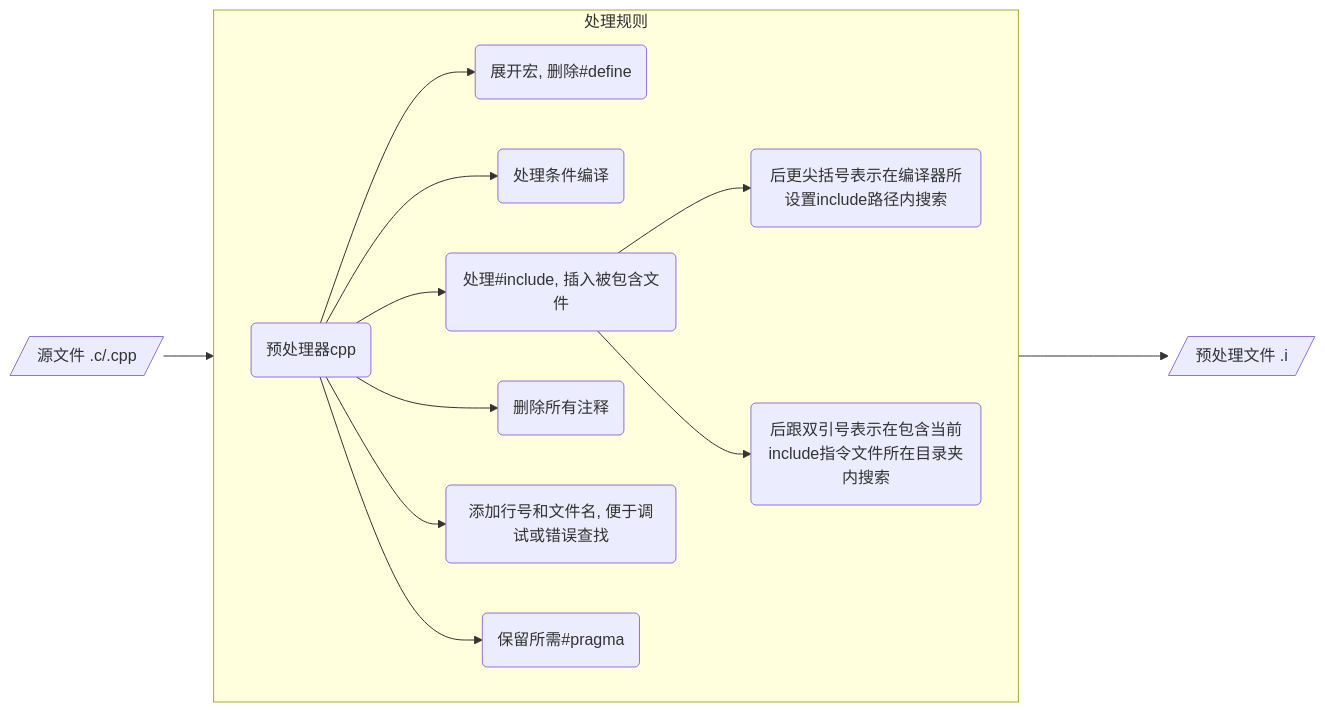
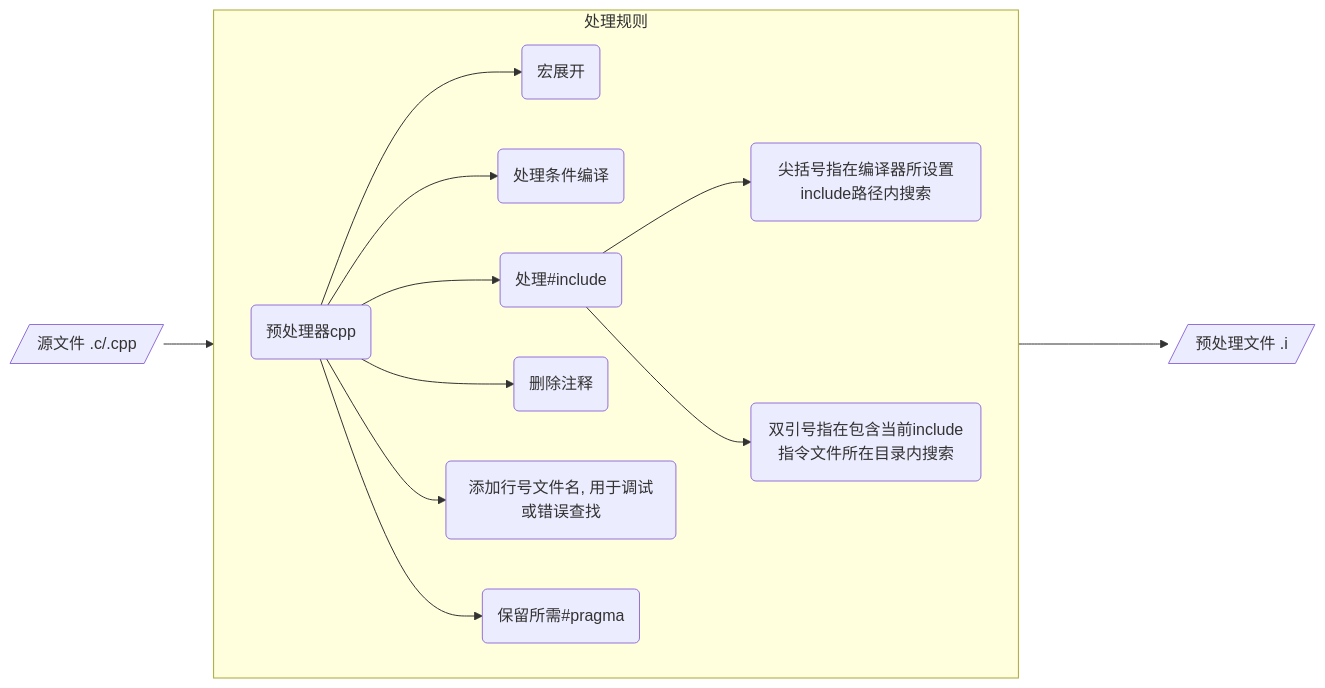
One commit to dmjcb/dmjcb.github.io changed the second of 8 diagrams in _posts/language/c_c++/compile/2021-06-15-编译过程.md. Above: the diagram before and after it, drawn with Mermaid. The commit also changed other lines of this file and 19 other files, not shown here.

````diff
--- a/_posts/language/c_c++/compile/2021-06-15-编译过程.md
+++ b/_posts/language/c_c++/compile/2021-06-15-编译过程.md
@@ -67,18 +65,18 @@
 ```mermaid
 graph LR;
-    subgraph 处理规则
-        direction LR
-        A(预处理器cpp)
-            A --> B(展开宏, 删除#define)
-            A --> C(处理条件编译)
-            A --> D(处理#include, 插入被包含文件)
-                D --> D1(后更尖括号表示在编译器所设置include路径内搜索)
-                D --> D2(后跟双引号表示在包含当前include指令文件所在目录夹内搜索)
-            A --> E(删除所有注释)
-            A --> F(添加行号和文件名, 便于调试或错误查找)
-            A --> G(保留所需#pragma)
-    end
+subgraph 处理规则
+direction LR
+A(预处理器cpp)
+A --> B(宏展开)
+A --> C(处理条件编译)
+A --> D(处理#include)
+D --> D1(尖括号指在编译器所设置include路径内搜索)
+D --> D2(双引号指在包含当前include指令文件所在目录内搜索)
+A --> E(删除注释)
+A --> F(添加行号文件名, 用于调试或错误查找)
+A --> G(保留所需#pragma)
+end
 
-    P[/源文件 .c/.cpp/] --> A 
-    处理规则 ----> I[/预处理文件 .i/]
+P[/源文件 .c/.cpp/] --> A
+处理规则 ----> I[/预处理文件 .i/]
 ```
````
